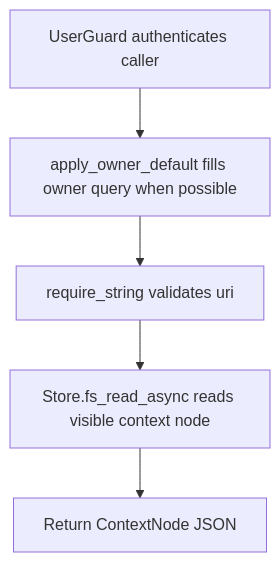
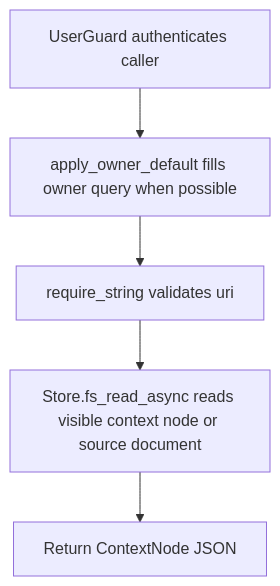
Before and after one commit to dickwu/nowledge: the diagram in doc/api/get_v1_fs_read.md, drawn with Mermaid. The commit also changed other lines of this file and 31 other files, not shown here.

````diff
--- a/doc/api/get_v1_fs_read.md
+++ b/doc/api/get_v1_fs_read.md
@@ -38,12 +62,12 @@
 ```mermaid
 flowchart TD
   n0["UserGuard authenticates caller"]
   n1["apply_owner_default fills owner query when possible"]
   n2["require_string validates uri"]
-  n3["Store.fs_read_async reads visible context node"]
+  n3["Store.fs_read_async reads visible context node or source document"]
   n4["Return ContextNode JSON"]
   n0 --> n1
   n1 --> n2
   n2 --> n3
   n3 --> n4
 ```
````
